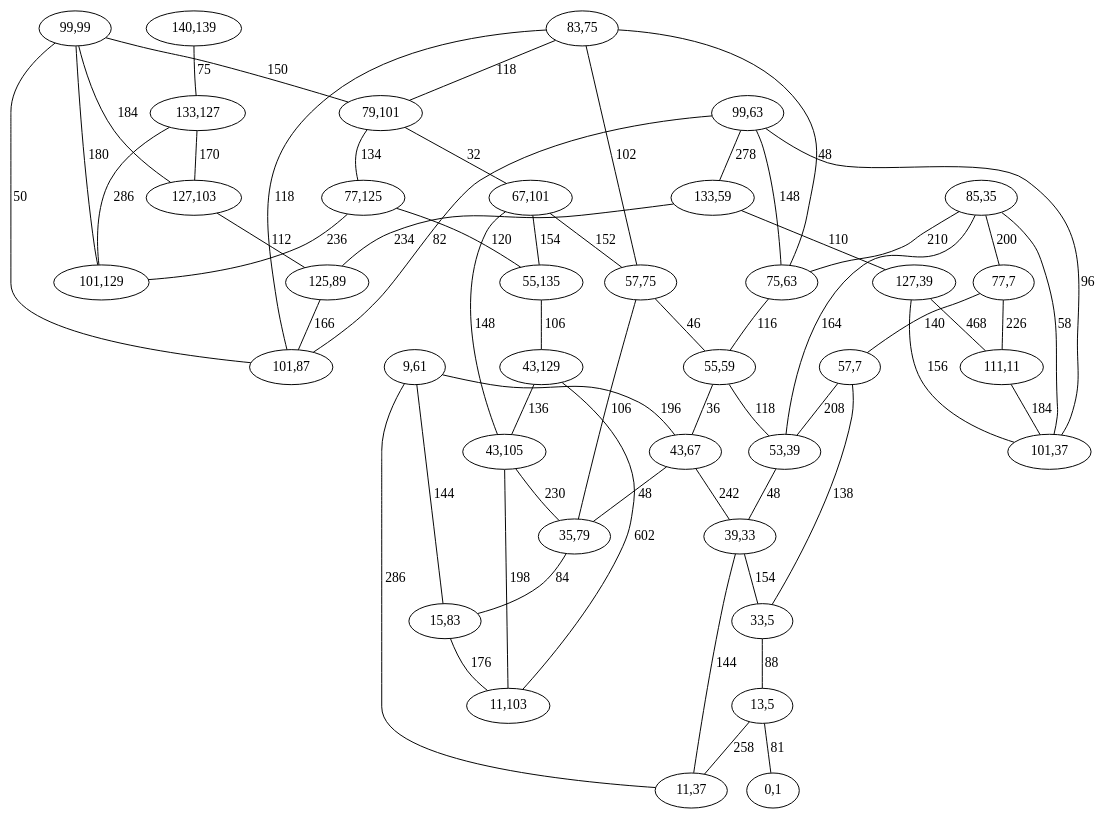
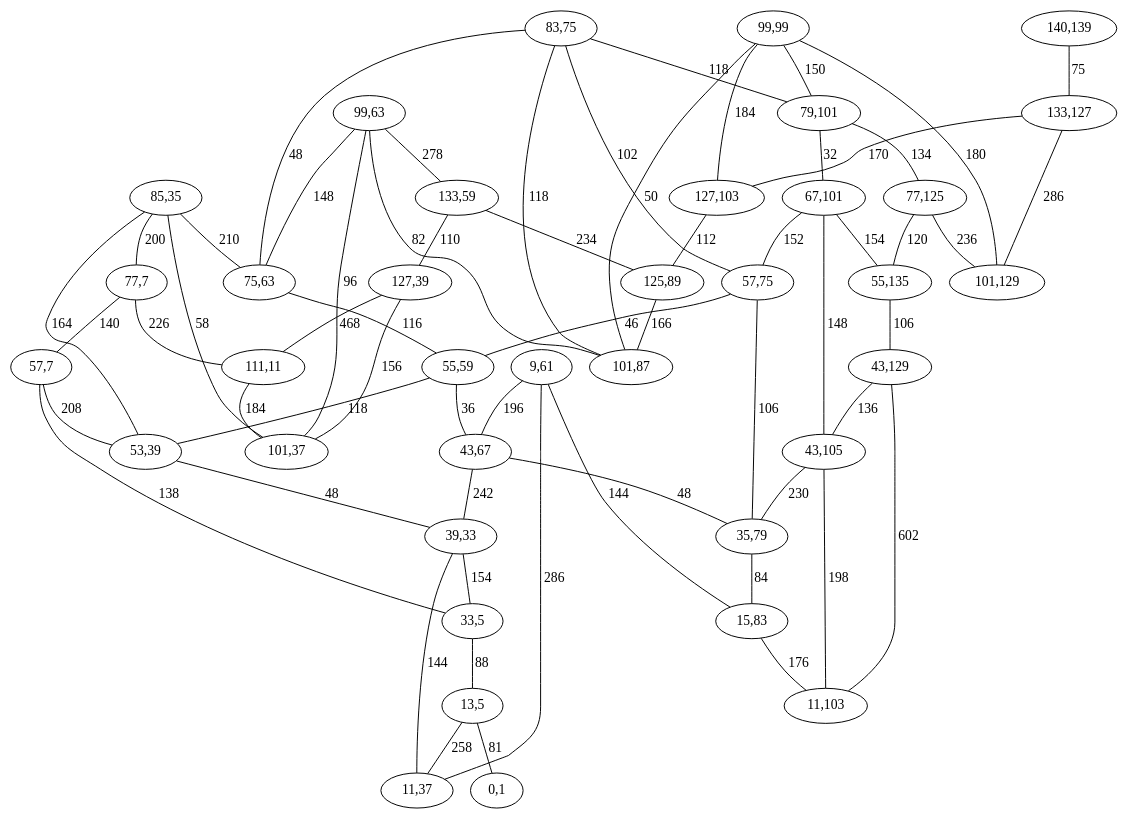
Before and after one commit to epsalon/advent_of_code: the diagram in 2023/23.dot, drawn with Graphviz. The commit also changed other lines of this file and 3 other files, not shown here.

```diff
--- a/2023/23.dot
+++ b/2023/23.dot
@@ -1,98 +1,98 @@
 graph AOC {
-  n133_127 [label = "133,127"]
-  n133_127 -- n101_129 [label="286"]
-  n133_127 -- n127_103 [label="170"]
+  n77_125 [label = "77,125"]
+  n77_125 -- n55_135 [label="120"]
+  n77_125 -- n101_129 [label="236"]
+  n15_83 [label = "15,83"]
+  n15_83 -- n11_103 [label="176"]
+  n43_105 [label = "43,105"]
+  n43_105 -- n11_103 [label="198"]
+  n43_105 -- n35_79 [label="230"]
+  n67_101 [label = "67,101"]
+  n67_101 -- n43_105 [label="148"]
+  n67_101 -- n57_75 [label="152"]
+  n67_101 -- n55_135 [label="154"]
+  n0_1 [label = "0,1"]
+  n57_75 [label = "57,75"]
+  n57_75 -- n35_79 [label="106"]
+  n57_75 -- n55_59 [label="46"]
   n99_99 [label = "99,99"]
   n99_99 -- n79_101 [label="150"]
   n99_99 -- n127_103 [label="184"]
   n99_99 -- n101_87 [label="50"]
   n99_99 -- n101_129 [label="180"]
-  n43_129 [label = "43,129"]
-  n43_129 -- n11_103 [label="602"]
-  n43_129 -- n43_105 [label="136"]
+  n57_7 [label = "57,7"]
+  n57_7 -- n33_5 [label="138"]
+  n57_7 -- n53_39 [label="208"]
+  n35_79 [label = "35,79"]
+  n35_79 -- n15_83 [label="84"]
+  n133_127 [label = "133,127"]
+  n133_127 -- n101_129 [label="286"]
+  n133_127 -- n127_103 [label="170"]
+  n11_37 [label = "11,37"]
+  n9_61 [label = "9,61"]
+  n9_61 -- n43_67 [label="196"]
+  n9_61 -- n11_37 [label="286"]
+  n9_61 -- n15_83 [label="144"]
+  n85_35 [label = "85,35"]
+  n85_35 -- n53_39 [label="164"]
+  n85_35 -- n101_37 [label="58"]
+  n85_35 -- n77_7 [label="200"]
+  n85_35 -- n75_63 [label="210"]
+  n11_103 [label = "11,103"]
+  n127_103 [label = "127,103"]
+  n127_103 -- n125_89 [label="112"]
+  n101_37 [label = "101,37"]
+  n77_7 [label = "77,7"]
+  n77_7 -- n57_7 [label="140"]
+  n77_7 -- n111_11 [label="226"]
+  n55_59 [label = "55,59"]
+  n55_59 -- n43_67 [label="36"]
+  n55_59 -- n53_39 [label="118"]
+  n79_101 [label = "79,101"]
+  n79_101 -- n67_101 [label="32"]
+  n79_101 -- n77_125 [label="134"]
+  n83_75 [label = "83,75"]
+  n83_75 -- n57_75 [label="102"]
+  n83_75 -- n101_87 [label="118"]
+  n83_75 -- n75_63 [label="48"]
+  n83_75 -- n79_101 [label="118"]
+  n75_63 [label = "75,63"]
+  n75_63 -- n55_59 [label="116"]
+  n53_39 [label = "53,39"]
+  n53_39 -- n39_33 [label="48"]
+  n39_33 [label = "39,33"]
+  n39_33 -- n11_37 [label="144"]
+  n39_33 -- n33_5 [label="154"]
+  n111_11 [label = "111,11"]
+  n111_11 -- n101_37 [label="184"]
+  n33_5 [label = "33,5"]
+  n33_5 -- n13_5 [label="88"]
   n99_63 [label = "99,63"]
   n99_63 -- n75_63 [label="148"]
   n99_63 -- n133_59 [label="278"]
   n99_63 -- n101_37 [label="96"]
   n99_63 -- n101_87 [label="82"]
   n125_89 [label = "125,89"]
   n125_89 -- n101_87 [label="166"]
+  n101_129 [label = "101,129"]
+  n13_5 [label = "13,5"]
+  n13_5 -- n0_1 [label="81"]
+  n13_5 -- n11_37 [label="258"]
+  n55_135 [label = "55,135"]
+  n55_135 -- n43_129 [label="106"]
+  n101_87 [label = "101,87"]
+  n127_39 [label = "127,39"]
+  n127_39 -- n101_37 [label="156"]
+  n127_39 -- n111_11 [label="468"]
+  n43_129 [label = "43,129"]
+  n43_129 -- n11_103 [label="602"]
+  n43_129 -- n43_105 [label="136"]
+  n140_139 [label = "140,139"]
+  n140_139 -- n133_127 [label="75"]
   n133_59 [label = "133,59"]
   n133_59 -- n127_39 [label="110"]
   n133_59 -- n125_89 [label="234"]
-  n101_37 [label = "101,37"]
-  n127_103 [label = "127,103"]
-  n127_103 -- n125_89 [label="112"]
-  n35_79 [label = "35,79"]
-  n35_79 -- n15_83 [label="84"]
-  n57_75 [label = "57,75"]
-  n57_75 -- n35_79 [label="106"]
-  n57_75 -- n55_59 [label="46"]
-  n57_7 [label = "57,7"]
-  n57_7 -- n33_5 [label="138"]
-  n57_7 -- n53_39 [label="208"]
-  n140_139 [label = "140,139"]
-  n140_139 -- n133_127 [label="75"]
-  n55_59 [label = "55,59"]
-  n55_59 -- n43_67 [label="36"]
-  n55_59 -- n53_39 [label="118"]
-  n101_87 [label = "101,87"]
-  n55_135 [label = "55,135"]
-  n55_135 -- n43_129 [label="106"]
-  n11_37 [label = "11,37"]
   n43_67 [label = "43,67"]
   n43_67 -- n39_33 [label="242"]
   n43_67 -- n35_79 [label="48"]
-  n127_39 [label = "127,39"]
-  n127_39 -- n101_37 [label="156"]
-  n127_39 -- n111_11 [label="468"]
-  n85_35 [label = "85,35"]
-  n85_35 -- n53_39 [label="164"]
-  n85_35 -- n101_37 [label="58"]
-  n85_35 -- n77_7 [label="200"]
-  n85_35 -- n75_63 [label="210"]
-  n39_33 [label = "39,33"]
-  n39_33 -- n11_37 [label="144"]
-  n39_33 -- n33_5 [label="154"]
-  n83_75 [label = "83,75"]
-  n83_75 -- n57_75 [label="102"]
-  n83_75 -- n101_87 [label="118"]
-  n83_75 -- n75_63 [label="48"]
-  n83_75 -- n79_101 [label="118"]
-  n13_5 [label = "13,5"]
-  n13_5 -- n0_1 [label="81"]
-  n13_5 -- n11_37 [label="258"]
-  n11_103 [label = "11,103"]
-  n111_11 [label = "111,11"]
-  n111_11 -- n101_37 [label="184"]
-  n75_63 [label = "75,63"]
-  n75_63 -- n55_59 [label="116"]
-  n0_1 [label = "0,1"]
-  n9_61 [label = "9,61"]
-  n9_61 -- n43_67 [label="196"]
-  n9_61 -- n11_37 [label="286"]
-  n9_61 -- n15_83 [label="144"]
-  n67_101 [label = "67,101"]
-  n67_101 -- n43_105 [label="148"]
-  n67_101 -- n57_75 [label="152"]
-  n67_101 -- n55_135 [label="154"]
-  n101_129 [label = "101,129"]
-  n77_7 [label = "77,7"]
-  n77_7 -- n57_7 [label="140"]
-  n77_7 -- n111_11 [label="226"]
-  n33_5 [label = "33,5"]
-  n33_5 -- n13_5 [label="88"]
-  n53_39 [label = "53,39"]
-  n53_39 -- n39_33 [label="48"]
-  n15_83 [label = "15,83"]
-  n15_83 -- n11_103 [label="176"]
-  n77_125 [label = "77,125"]
-  n77_125 -- n55_135 [label="120"]
-  n77_125 -- n101_129 [label="236"]
-  n79_101 [label = "79,101"]
-  n79_101 -- n67_101 [label="32"]
-  n79_101 -- n77_125 [label="134"]
-  n43_105 [label = "43,105"]
-  n43_105 -- n11_103 [label="198"]
-  n43_105 -- n35_79 [label="230"]
 }
```
